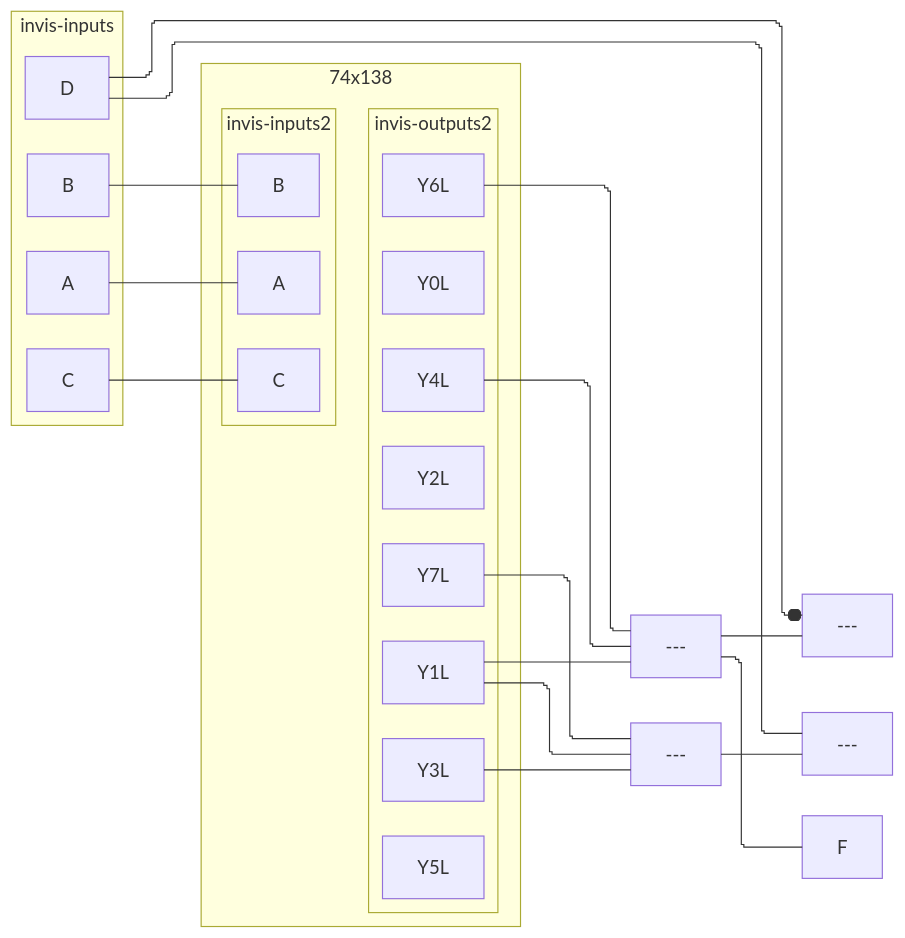
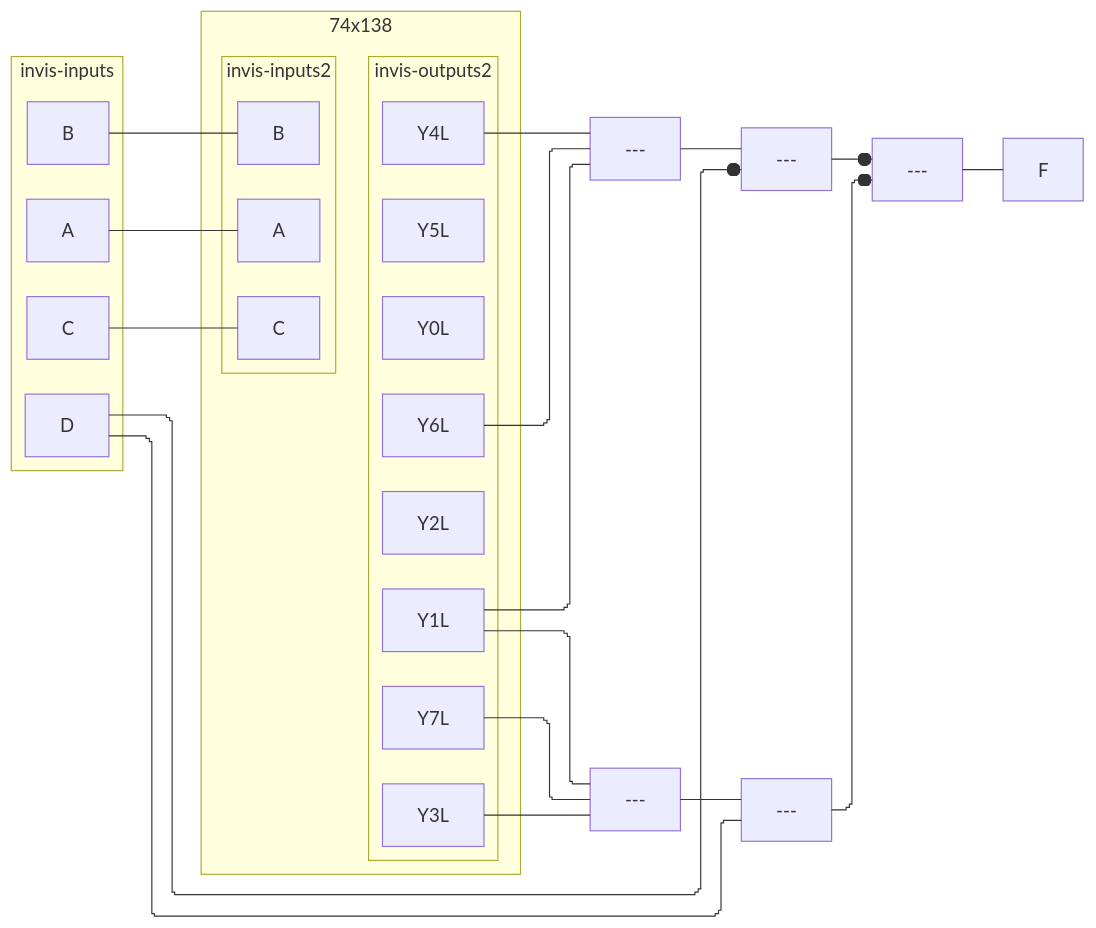
The second of 2 diagrams in CSDS 281 - Logic Design/HW/7/tables.md (tnichols217/notes), drawn with Mermaid before and after one commit.

Commit message:
vault backup: 2024-03-27 11:31:14

````diff
--- a/CSDS 281 - Logic Design/HW/7/tables.md
+++ b/CSDS 281 - Logic Design/HW/7/tables.md
@@ -58,34 +58,35 @@
 ```mermaid
 %%{ init: { 'flowchart': { 'curve': 'stepBefore', "defaultRenderer": "elk" } } }%%
 flowchart LR
 subgraph invis-inputs
 A
 B
 C
 D
 end
 subgraph 74x138
 subgraph invis-inputs2
 A --- Aa["A"]
 B --- Bb["B"]
 C --- Cc["C"]
 end
 subgraph invis-outputs2
 Y0L
 Y1L
 Y2L
 Y3L
 Y4L
 Y5L
 Y6L
 Y7L
 end
 invis-inputs2 ~~~ invis-outputs2
 end
 Y1L & Y4L & Y6L --- nand1[---]
 Y1L & Y3L & Y7L --- nand2[---]
 nand1 --- nand3[---]
 D ---o nand3[---]
 nand2 & D --- nand4[---]
-nand1 --- F
+nand3 & nand4 ---o nand5[---]
+nand5 --- F
 ```
````
